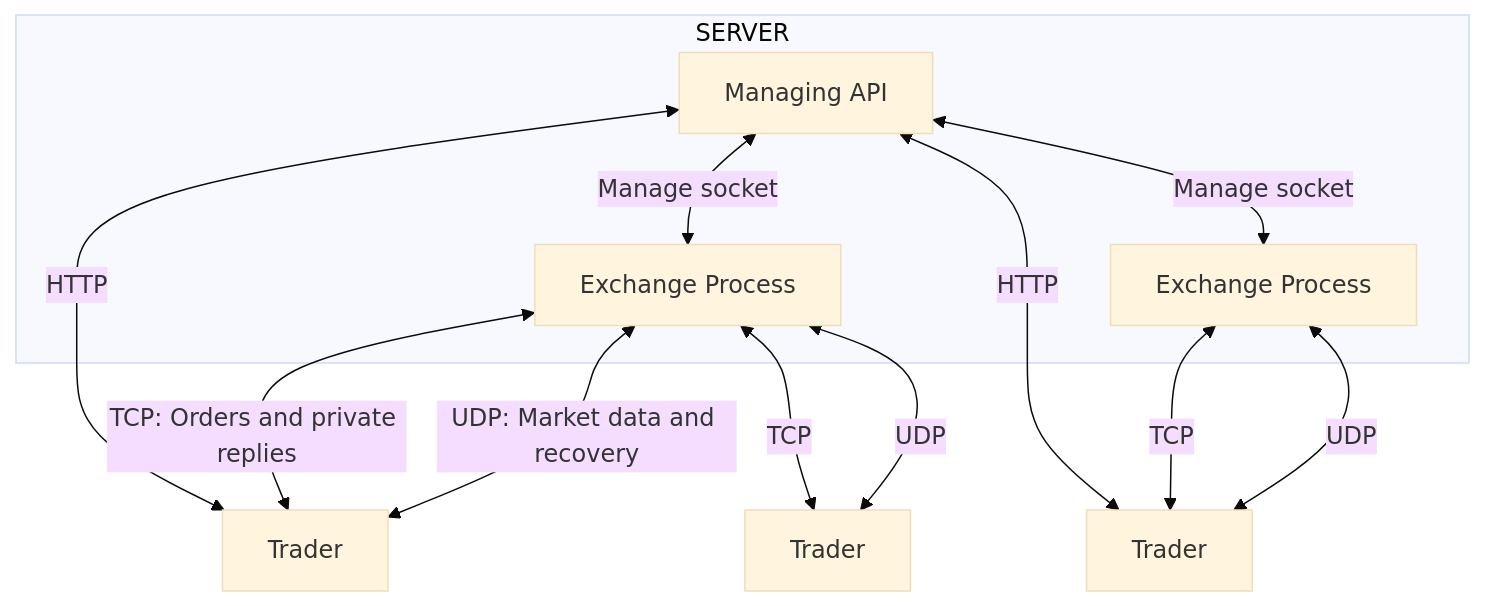
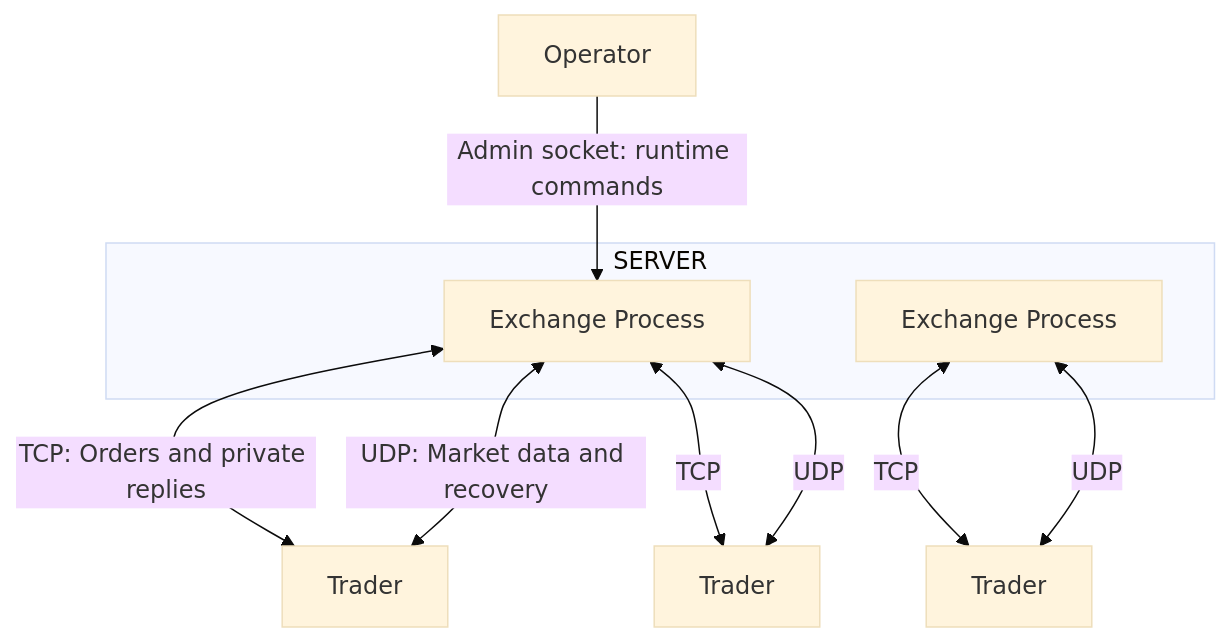
One commit to JediNakDev/exsim changed the diagram in docs/architecture.md. Above: the diagram before and after it, drawn with Mermaid (base theme). The commit also changed other lines of this file and 303 other files, not shown here.

First line of the commit message:
feat: Drop the HTTP API, flatten the layout, 26 review fixes, fuzzing, journal replay and wire benchmark (#114)

````diff
--- a/docs/architecture.md
+++ b/docs/architecture.md
@@ -5,15 +5,14 @@
 ```mermaid
 flowchart TD
   subgraph SERVER
-    API[Managing API] <-->|"Manage socket"| EX1[Exchange Process]
-    API <-->|"Manage socket"| EX2[Exchange Process]
+    EX1[Exchange Process]
+    EX2[Exchange Process]
   end
-  API <-->|"HTTP"| TD1[Trader]
-  EX1 <-->|"TCP: Orders and private replies"| TD1
+  OP[Operator] -->|"Admin socket: runtime commands"| EX1
+  EX1 <-->|"TCP: Orders and private replies"| TD1[Trader]
   EX1 <-->|"UDP: Market data and recovery"| TD1
   EX1 <-->|"TCP"| TD2[Trader]
   EX1 <-->|"UDP"| TD2
-  API <-->|"HTTP"| TD3[Trader]
-  EX2 <-->|"TCP"| TD3
+  EX2 <-->|"TCP"| TD3[Trader]
   EX2 <-->|"UDP"| TD3
 ```
````
